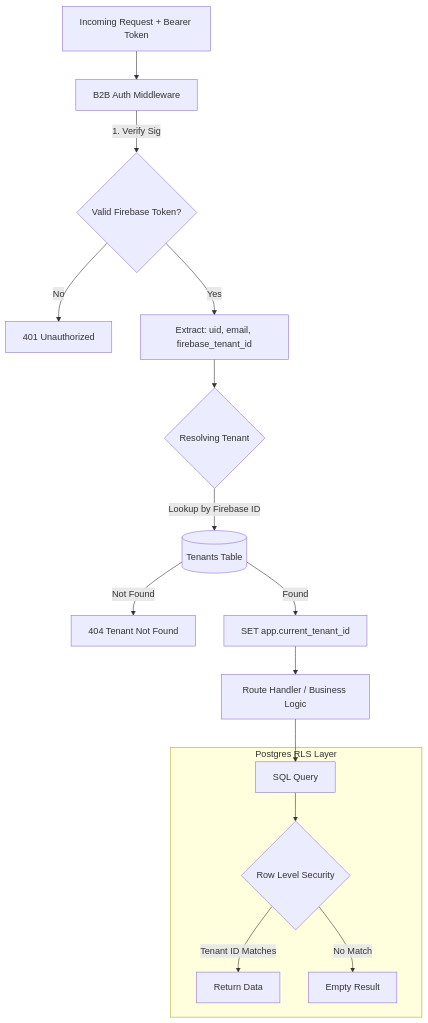
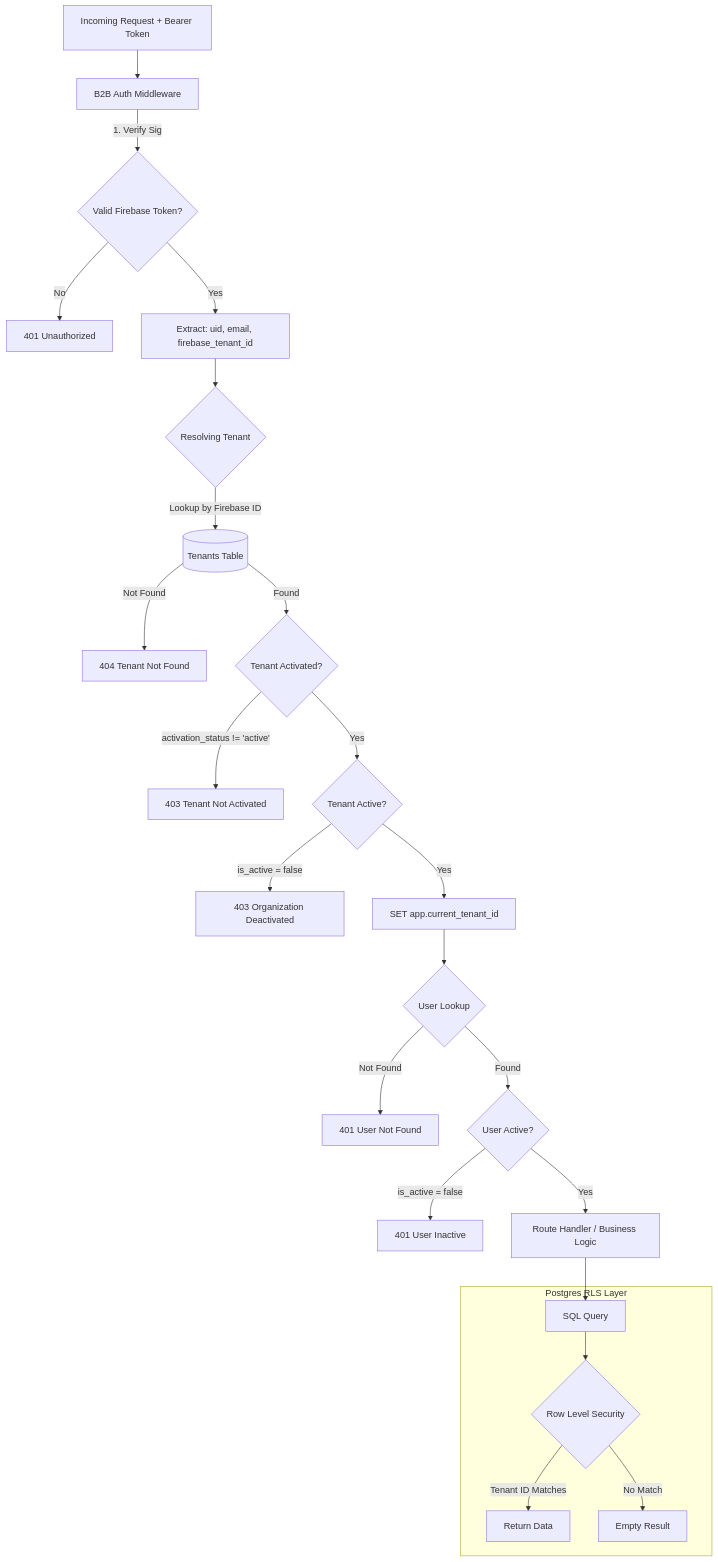
One commit to nkumar15/communication-analysis changed the first of 4 diagrams in docs/architecture/b2b/authentication.md. Above: the diagram before and after it, drawn with Mermaid. The commit also changed other lines of this file and 2 other files, not shown here.

Commit message:
docs: Add B2B tenant and user access control, and rewrite the tenant onboarding flow documentation.

````diff
--- a/docs/architecture/b2b/authentication.md
+++ b/docs/architecture/b2b/authentication.md
@@ -19,22 +19,34 @@
 ```mermaid
 graph TD
     Request[Incoming Request + Bearer Token] --> AuthMiddleware[B2B Auth Middleware]
     AuthMiddleware -->|1. Verify Sig| Verify{Valid Firebase Token?}
     Verify -->|No| 401[401 Unauthorized]
     
     Verify -->|Yes| Extract[Extract: uid, email, firebase_tenant_id]
     Extract --> Resolve{Resolving Tenant}
     
     Resolve -->|Lookup by Firebase ID| TenantDB[(Tenants Table)]
-    TenantDB -->|Found| SetCtx[SET app.current_tenant_id]
     TenantDB -->|Not Found| 404[404 Tenant Not Found]
+    TenantDB -->|Found| CheckActivation{Tenant Activated?}
     
-    SetCtx --> Handler[Route Handler / Business Logic]
+    CheckActivation -->|activation_status != 'active'| 403A[403 Tenant Not Activated]
+    CheckActivation -->|Yes| CheckDeactivation{Tenant Active?}
+    
+    CheckDeactivation -->|is_active = false| 403B[403 Organization Deactivated]
+    CheckDeactivation -->|Yes| SetCtx[SET app.current_tenant_id]
+    
+    SetCtx --> LookupUser{User Lookup}
+    LookupUser -->|Not Found| 401B[401 User Not Found]
+    LookupUser -->|Found| CheckUserActive{User Active?}
+    
+    CheckUserActive -->|is_active = false| 401C[401 User Inactive]
+    CheckUserActive -->|Yes| Handler[Route Handler / Business Logic]
+    
     Handler --> Query[SQL Query]
     
     subgraph "Postgres RLS Layer"
         Query --> Policy{Row Level Security}
         Policy -->|Tenant ID Matches| Data[Return Data]
         Policy -->|No Match| Empty[Empty Result]
     end
 ```
````
